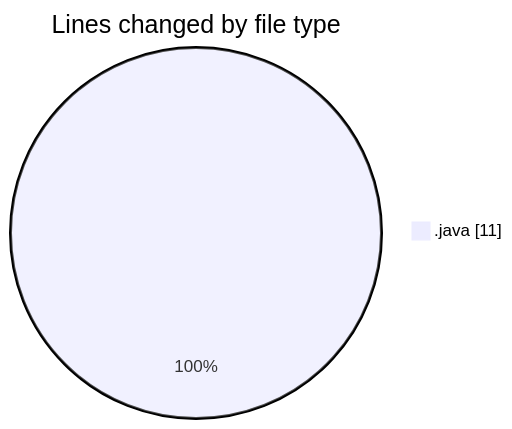
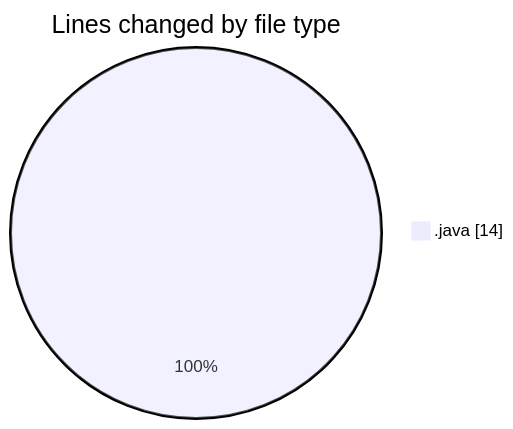
One commit to hasnaa123/code-tracking changed the first of 2 diagrams in 2026-11-06/taskforge/README.md. Above: the diagram before and after it, drawn with Mermaid. The commit also changed other lines of this file and 1 other file, not shown here.

````diff
--- a/2026-11-06/taskforge/README.md
+++ b/2026-11-06/taskforge/README.md
@@ -22,5 +23,5 @@
 ```mermaid
 pie showData
 title Lines changed by file type
-".java" : 11
+".java" : 14
 ```
````
